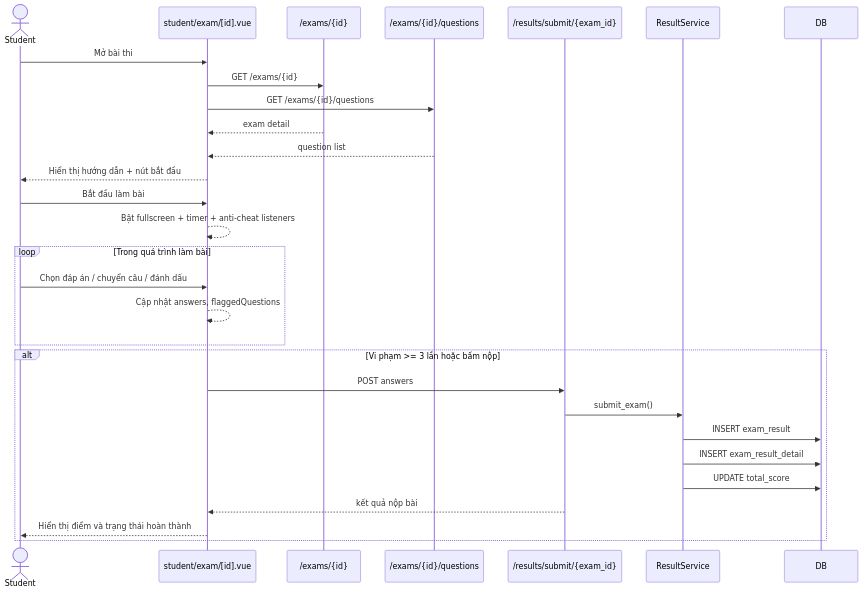
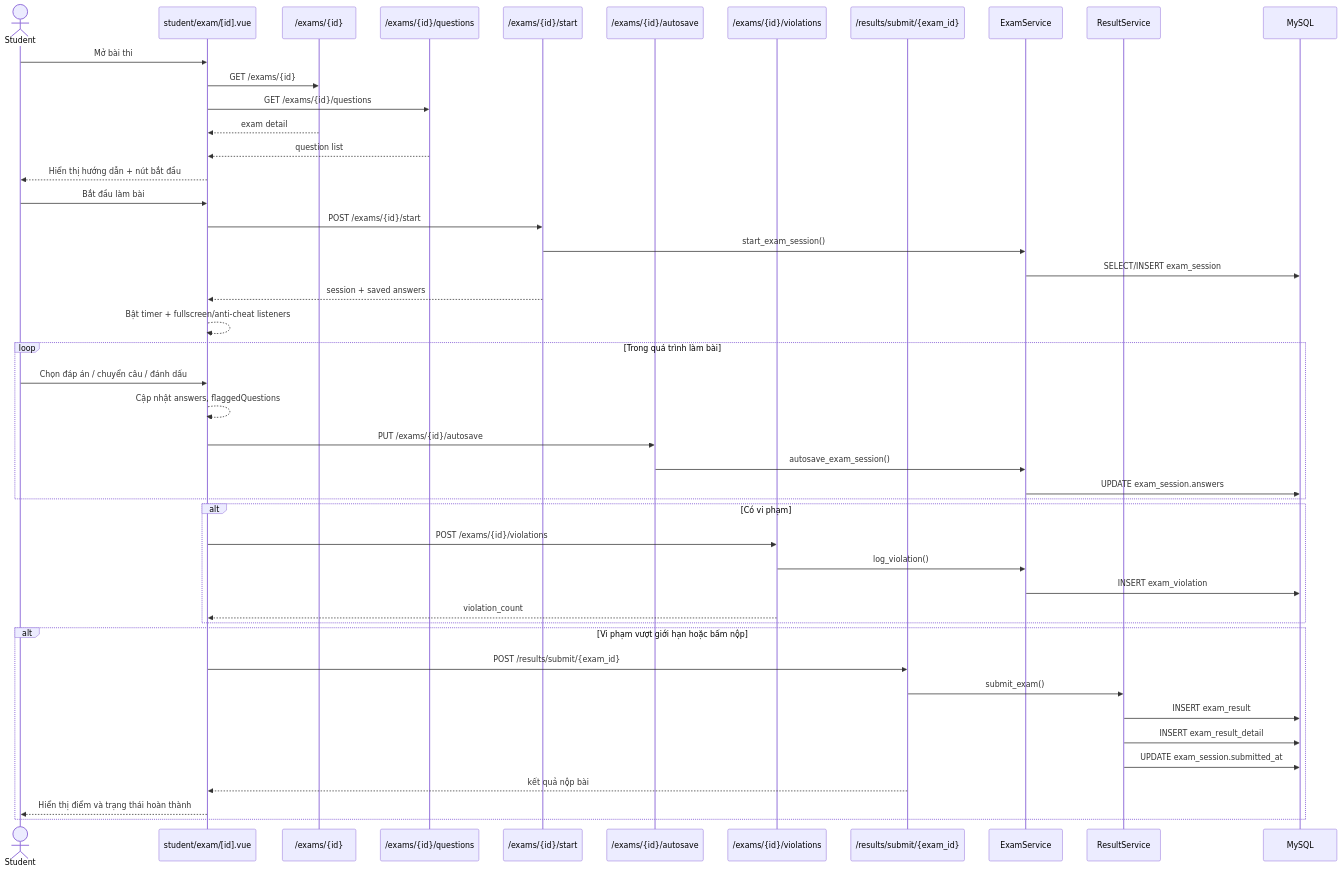
Before and after one commit to Tedomi2525/My_project: diagram 14 of 17 in docs/UML.md, drawn with Mermaid. The commit also changed other lines of this file and 15 other files, not shown here.

First line of the commit message:
Add new documentation files including class diagram and project report

````diff
--- a/docs/UML.md
+++ b/docs/UML.md
@@ -913,34 +867,53 @@
 ```mermaid
 sequenceDiagram
 actor Student
 participant ExamPage as student/exam/[id].vue
 participant ExamAPI as /exams/{id}
 participant QuestionAPI as /exams/{id}/questions
+participant StartAPI as /exams/{id}/start
+participant AutosaveAPI as /exams/{id}/autosave
+participant ViolationAPI as /exams/{id}/violations
 participant ResultAPI as /results/submit/{exam_id}
+participant ExamService
 participant ResultService
-participant DB
+participant DB as MySQL
 
 Student->>ExamPage: Mở bài thi
 ExamPage->>ExamAPI: GET /exams/{id}
 ExamPage->>QuestionAPI: GET /exams/{id}/questions
 ExamAPI-->>ExamPage: exam detail
 QuestionAPI-->>ExamPage: question list
 ExamPage-->>Student: Hiển thị hướng dẫn + nút bắt đầu
 
 Student->>ExamPage: Bắt đầu làm bài
-ExamPage-->>ExamPage: Bật fullscreen + timer + anti-cheat listeners
+ExamPage->>StartAPI: POST /exams/{id}/start
+StartAPI->>ExamService: start_exam_session()
+ExamService->>DB: SELECT/INSERT exam_session
+StartAPI-->>ExamPage: session + saved answers
+ExamPage-->>ExamPage: Bật timer + fullscreen/anti-cheat listeners
+
 loop Trong quá trình làm bài
   Student->>ExamPage: Chọn đáp án / chuyển câu / đánh dấu
   ExamPage-->>ExamPage: Cập nhật answers, flaggedQuestions
+  ExamPage->>AutosaveAPI: PUT /exams/{id}/autosave
+  AutosaveAPI->>ExamService: autosave_exam_session()
+  ExamService->>DB: UPDATE exam_session.answers
 end
 
-alt Vi phạm >= 3 lần hoặc bấm nộp
-  ExamPage->>ResultAPI: POST answers
+alt Có vi phạm
+  ExamPage->>ViolationAPI: POST /exams/{id}/violations
+  ViolationAPI->>ExamService: log_violation()
+  ExamService->>DB: INSERT exam_violation
+  ViolationAPI-->>ExamPage: violation_count
+end
+
+alt Vi phạm vượt giới hạn hoặc bấm nộp
+  ExamPage->>ResultAPI: POST /results/submit/{exam_id}
   ResultAPI->>ResultService: submit_exam()
   ResultService->>DB: INSERT exam_result
   ResultService->>DB: INSERT exam_result_detail
-  ResultService->>DB: UPDATE total_score
+  ResultService->>DB: UPDATE exam_session.submitted_at
   ResultAPI-->>ExamPage: kết quả nộp bài
   ExamPage-->>Student: Hiển thị điểm và trạng thái hoàn thành
 end
 ```
````
